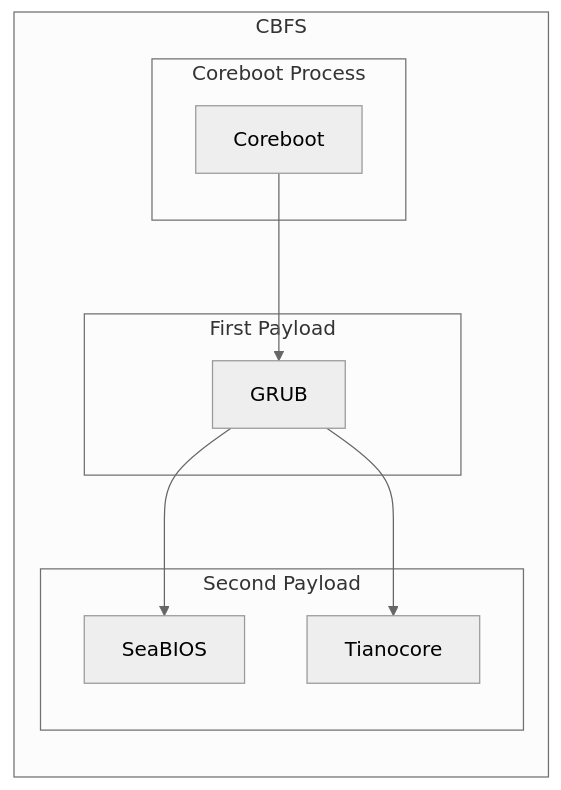
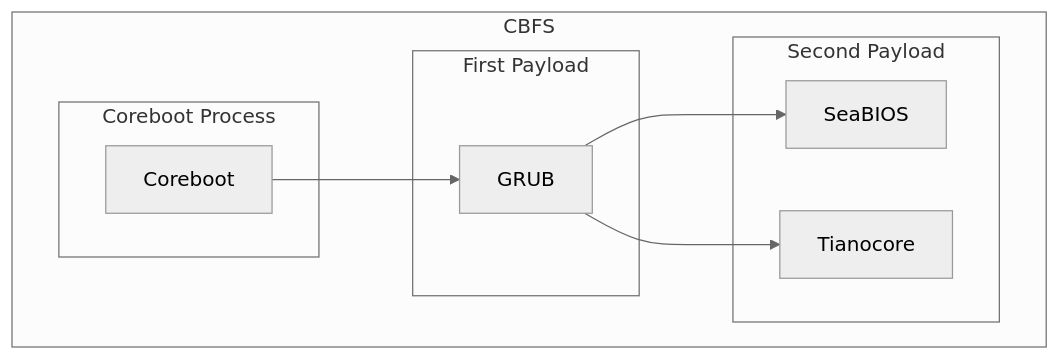
The diagram in README.md (Ch3ckm4t3C1ph3r/Lenovo-Ideapad-320-14ISK-_Coreboot-Adaptation_), drawn with Mermaid (neutral theme) before and after one commit.

Commit message:
Add direction to Coreboot flowchart

````diff
--- a/README.md
+++ b/README.md
@@ -94,20 +94,21 @@
 ```mermaid
 flowchart LR;
     subgraph CBFS
+        direction LR
         subgraph Coreboot Process
         Coreboot
         end
     
         Coreboot-->GRUB
     
         subgraph First Payload
         GRUB
         end
     
         GRUB-->SeaBIOS & Tianocore
     
         subgraph Second Payload
         SeaBIOS & Tianocore
         end
     end
 ```
````
